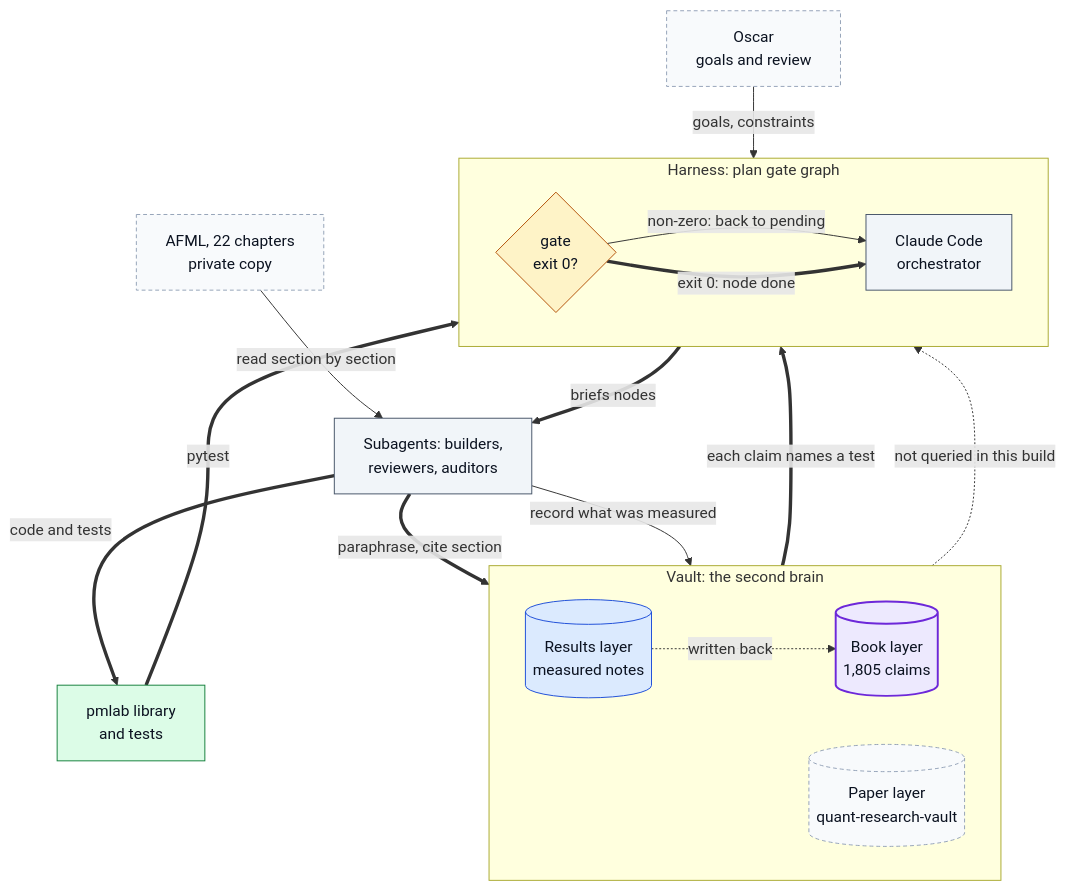
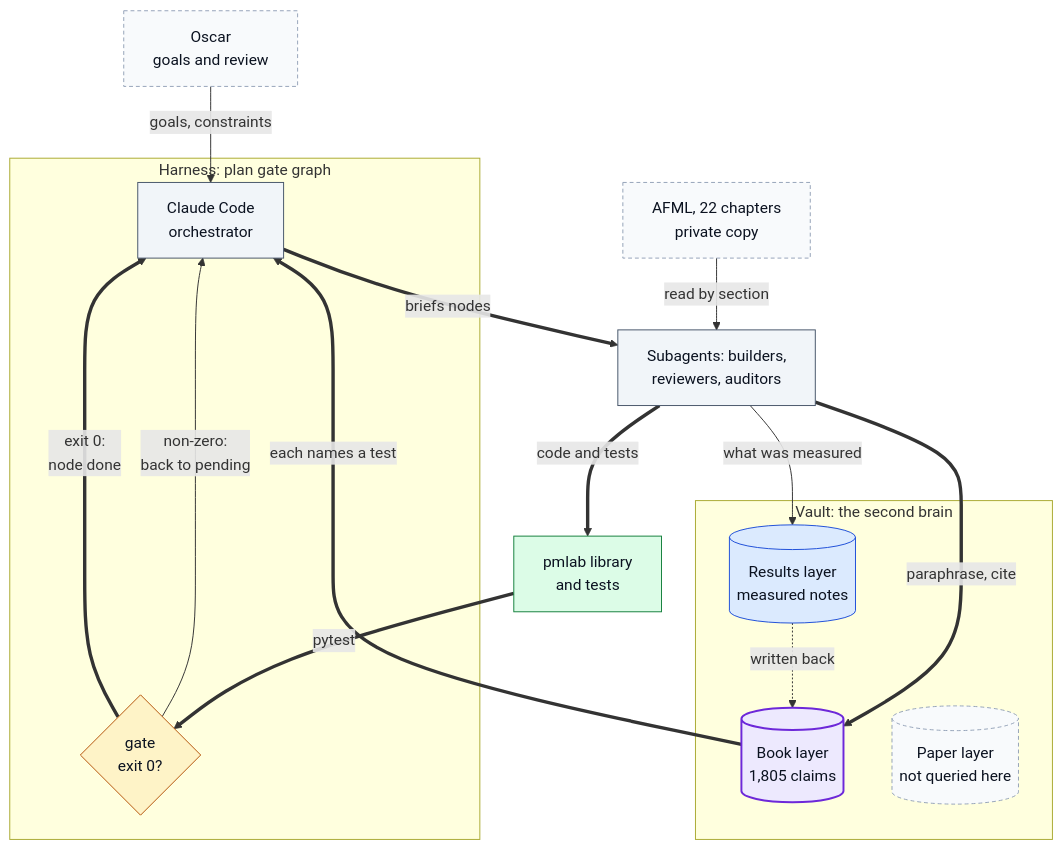
The second of 6 diagrams in docs/DIAGRAMS.md (oscar-chw/agentic-quant-research), drawn with Mermaid before and after one commit. The commit also changed other lines of this file and 2 other files, not shown here.

First line of the commit message:
docs: present the repo as the front page of the research system

````diff
--- a/docs/DIAGRAMS.md
+++ b/docs/DIAGRAMS.md
@@ -19,36 +61,33 @@
 ```mermaid
 flowchart TB
     OSCAR["Oscar<br/>goals and review"]:::ext
     BOOK["AFML, 22 chapters<br/>private copy"]:::ext
     subgraph VAULT["Vault: the second brain"]
-        direction LR
         CLAIMS[("Book layer<br/>1,805 claims")]:::key
-        PAPERS[("Paper layer<br/>quant-research-vault")]:::ext
         RESULTS[("Results layer<br/>measured notes")]:::data
+        PAPERS[("Paper layer<br/>not queried here")]:::ext
     end
     subgraph HARNESS["Harness: plan gate graph"]
-        direction LR
         ORCH["Claude Code<br/>orchestrator"]:::step
         GATE{"gate<br/>exit 0?"}:::gate
     end
     AGENTS["Subagents: builders,<br/>reviewers, auditors"]:::step
     LIB["pmlab library<br/>and tests"]:::out
     OSCAR -->|"goals, constraints"| ORCH
-    BOOK -->|"read section by section"| AGENTS
-    AGENTS ==>|"paraphrase, cite section"| CLAIMS
-    CLAIMS ==>|"each claim names a test"| ORCH
+    BOOK -->|"read by section"| AGENTS
+    AGENTS ==>|"paraphrase, cite"| CLAIMS
+    CLAIMS ==>|"each names a test"| ORCH
     ORCH ==>|"briefs nodes"| AGENTS
     AGENTS ==>|"code and tests"| LIB
     LIB ==>|"pytest"| GATE
-    GATE -->|"non-zero: back to pending"| ORCH
-    GATE ==>|"exit 0: node done"| ORCH
-    AGENTS -->|"record what was measured"| RESULTS
+    GATE -->|"non-zero:<br/>back to pending"| ORCH
+    GATE ==>|"exit 0:<br/>node done"| ORCH
+    AGENTS -->|"what was measured"| RESULTS
     RESULTS -.->|"written back"| CLAIMS
-    PAPERS -.->|"not queried in this build"| ORCH
     classDef data fill:#dbeafe,stroke:#1d4ed8,color:#0b1220
     classDef step fill:#f1f5f9,stroke:#475569,color:#0b1220
     classDef gate fill:#fef3c7,stroke:#b45309,color:#0b1220
     classDef out fill:#dcfce7,stroke:#15803d,color:#0b1220
     classDef ext fill:#f8fafc,stroke:#94a3b8,color:#0b1220,stroke-dasharray:4 3
     classDef key fill:#ede9fe,stroke:#6d28d9,color:#0b1220,stroke-width:2px
 ```
````
